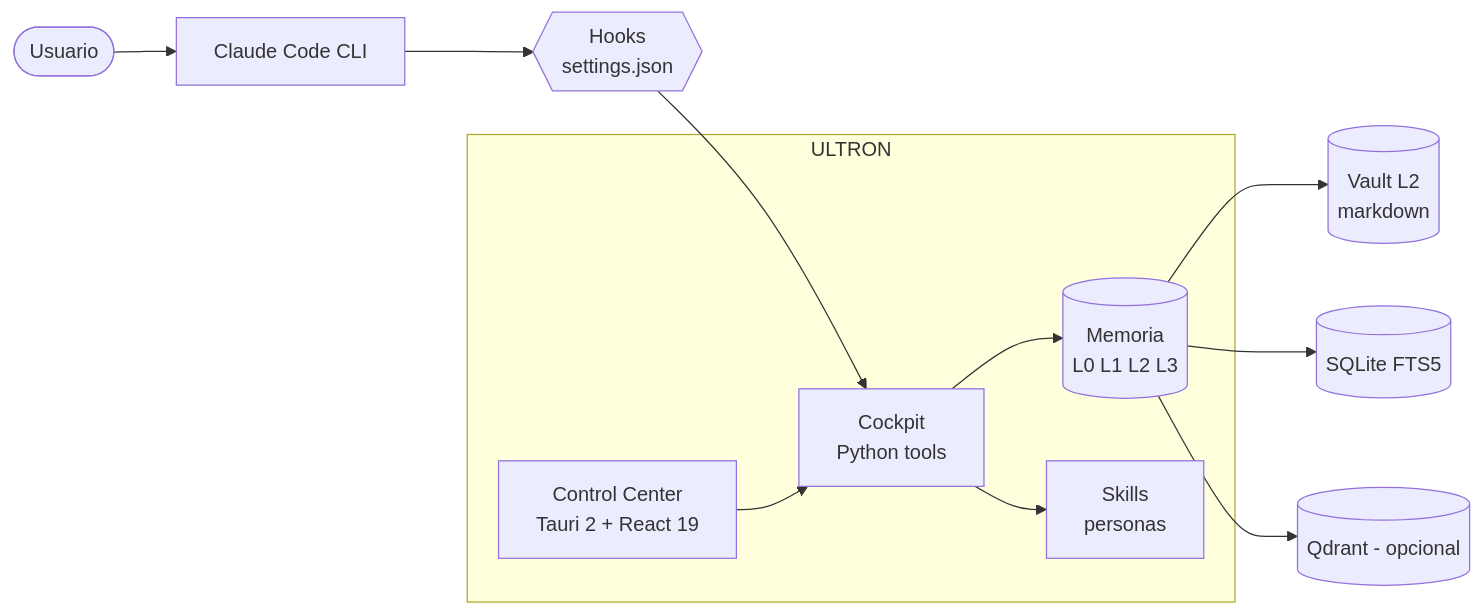
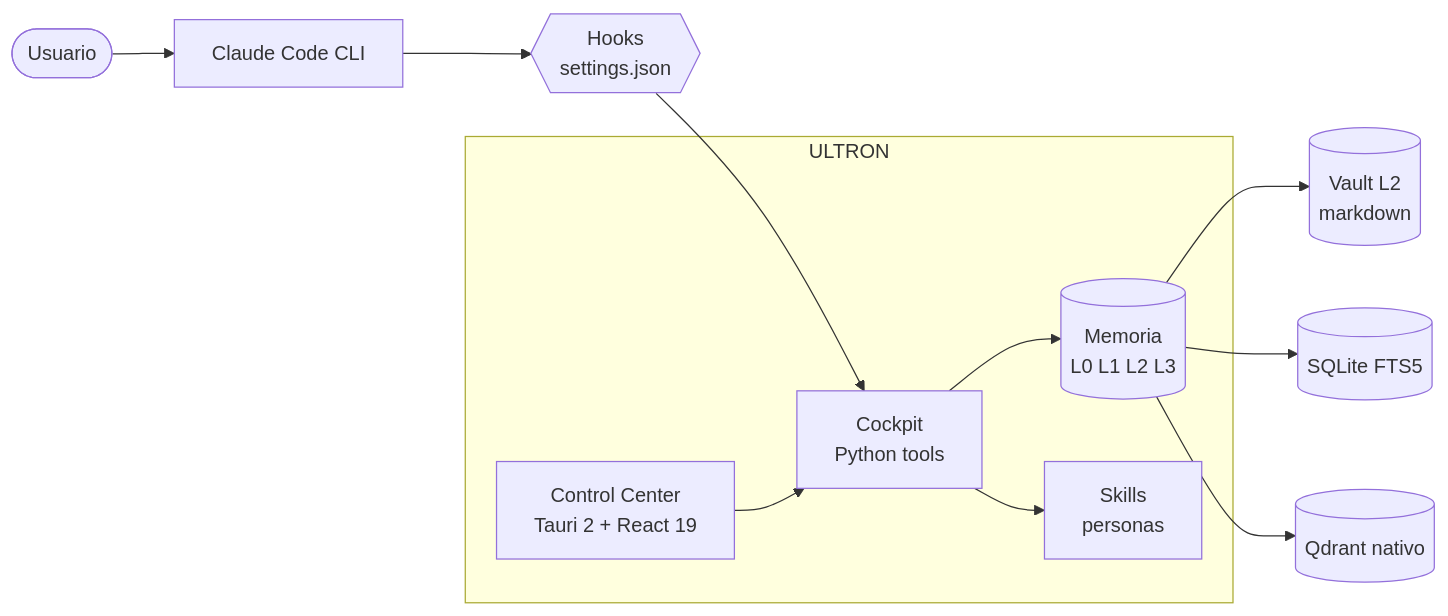
Before and after one commit to SkiTemplar/ultron-control-center: the second of 2 diagrams in README.es.md, drawn with Mermaid. The commit also changed other lines of this file and 9 other files, not shown here.

````diff
--- a/README.es.md
+++ b/README.es.md
@@ -234,25 +234,25 @@
 ```mermaid
 flowchart LR
     User([Usuario])
     CC[Claude Code CLI]
     Hooks{{Hooks<br/>settings.json}}
     subgraph ULTRON
         Memory[(Memoria<br/>L0 L1 L2 L3)]
         Skills[Skills<br/>personas]
         Cockpit[Cockpit<br/>Python tools]
         GUI[Control Center<br/>Tauri 2 + React 19]
     end
     Vault[(Vault L2<br/>markdown)]
     FTS[(SQLite FTS5)]
-    Q[(Qdrant - opcional)]
+    Q[(Qdrant nativo)]
 
     User --> CC
     CC --> Hooks
     Hooks --> Cockpit
     Cockpit --> Memory
     Memory --> Vault
     Memory --> FTS
     Memory --> Q
     Cockpit --> Skills
     GUI --> Cockpit
 ```
````
